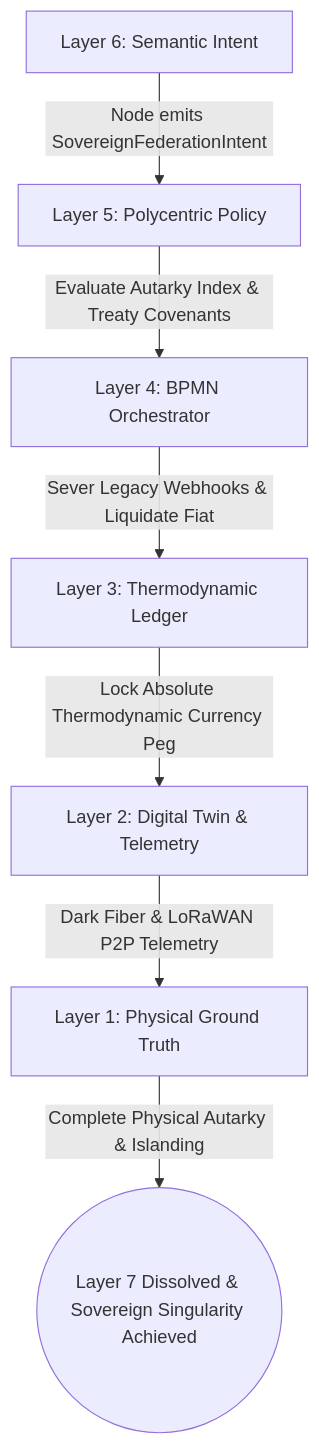
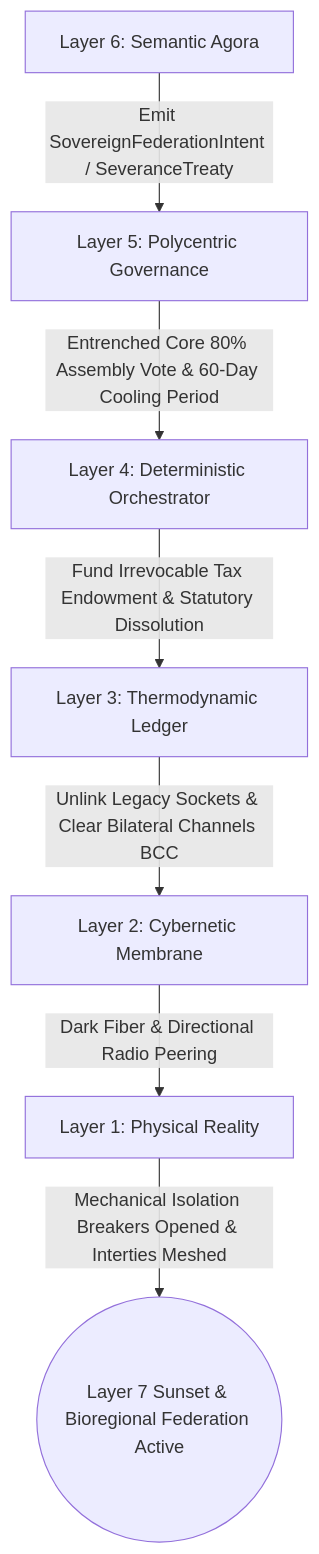
The first of 3 diagrams in docs/scenarios/omega_decoupling.md (raffaine/collective), drawn with Mermaid before and after one commit. The commit also changed other lines of this file and 23 other files, not shown here.

````diff
--- a/docs/scenarios/omega_decoupling.md
+++ b/docs/scenarios/omega_decoupling.md
@@ -37,9 +43,9 @@
 ```mermaid
 graph TD
-    L6[Layer 6: Semantic Intent] -->|Node emits SovereignFederationIntent| L5[Layer 5: Polycentric Policy]
-    L5 -->|Evaluate Autarky Index & Treaty Covenants| L4[Layer 4: BPMN Orchestrator]
-    L4 -->|Sever Legacy Webhooks & Liquidate Fiat| L3[Layer 3: Thermodynamic Ledger]
-    L3 -->|Lock Absolute Thermodynamic Currency Peg| L2[Layer 2: Digital Twin & Telemetry]
-    L2 -->|Dark Fiber & LoRaWAN P2P Telemetry| L1[Layer 1: Physical Ground Truth]
-    L1 -->|Complete Physical Autarky & Islanding| End((Layer 7 Dissolved & Sovereign Singularity Achieved))
+    L6[Layer 6: Semantic Agora] -->|Emit SovereignFederationIntent / SeveranceTreaty| L5[Layer 5: Polycentric Governance]
+    L5 -->|Entrenched Core 80% Assembly Vote & 60-Day Cooling Period| L4[Layer 4: Deterministic Orchestrator]
+    L4 -->|Fund Irrevocable Tax Endowment & Statutory Dissolution| L3[Layer 3: Thermodynamic Ledger]
+    L3 -->|Unlink Legacy Sockets & Clear Bilateral Channels BCC| L2[Layer 2: Cybernetic Membrane]
+    L2 -->|Dark Fiber & Directional Radio Peering| L1[Layer 1: Physical Reality]
+    L1 -->|Mechanical Isolation Breakers Opened & Interties Meshed| End((Layer 7 Sunset & Bioregional Federation Active))
 ```
````
